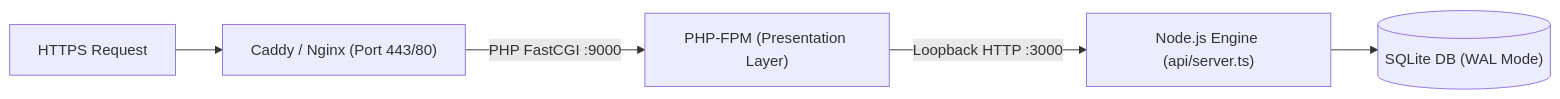
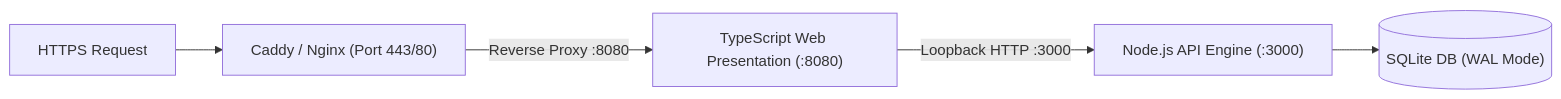
Before and after one commit to benacollier/GarrisonOS: the diagram in docs/deployment/self-hosting.md, drawn with Mermaid. The commit also changed other lines of this file and 100 other files, not shown here.

First line of the commit message:
feat(web): rebase to 100% pure typescript presentation layer (#24)

````diff
--- a/docs/deployment/self-hosting.md
+++ b/docs/deployment/self-hosting.md
@@ -9,7 +9,7 @@
 ```mermaid
 flowchart LR
     User["HTTPS Request"] --> Caddy["Caddy / Nginx (Port 443/80)"]
-    Caddy -->|PHP FastCGI :9000| PHPFPM["PHP-FPM (Presentation Layer)"]
-    PHPFPM -->|Loopback HTTP :3000| NodeEngine["Node.js Engine (api/server.ts)"]
+    Caddy -->|Reverse Proxy :8080| WebServer["TypeScript Web Presentation (:8080)"]
+    WebServer -->|Loopback HTTP :3000| NodeEngine["Node.js API Engine (:3000)"]
     NodeEngine --> SQLite[("SQLite DB (WAL Mode)")]
 ```
````
